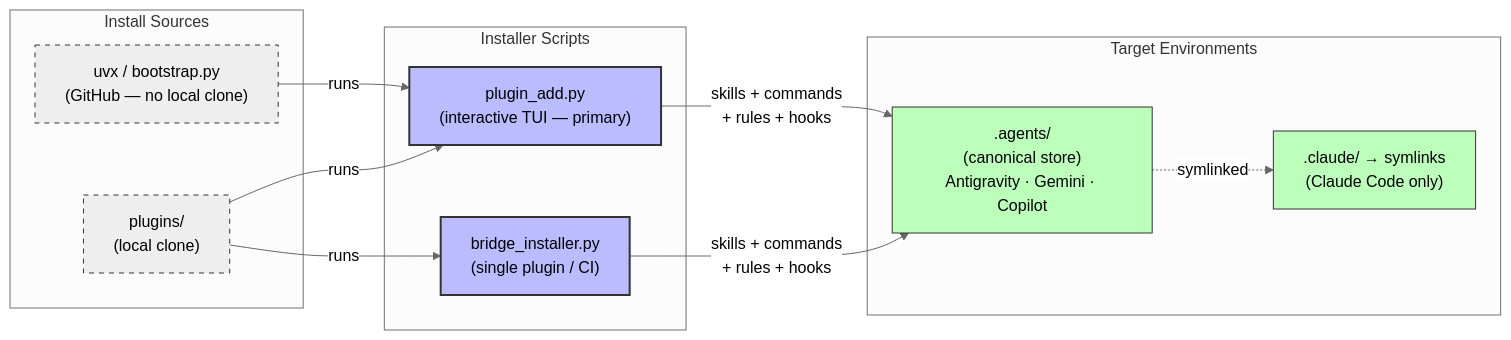
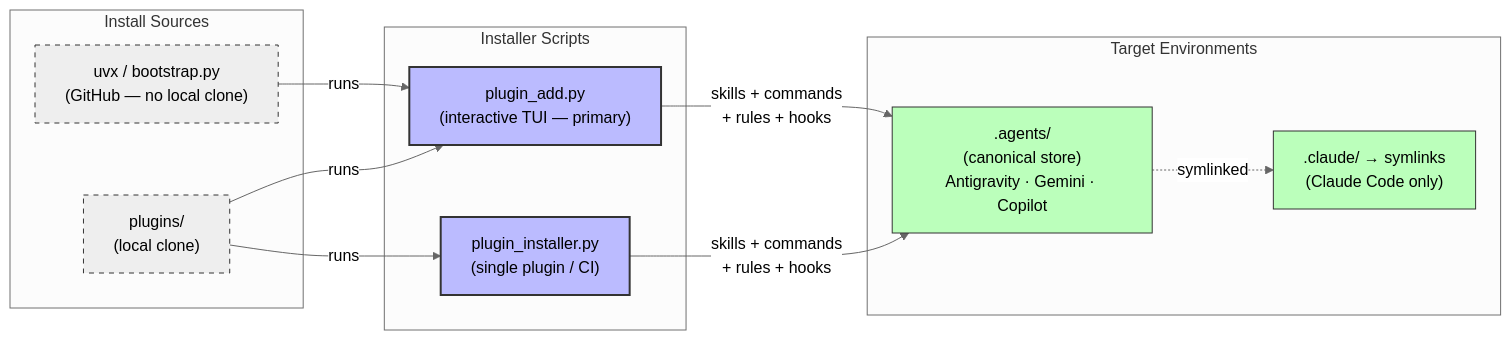
The diagram in plugins/plugin-manager/assets/diagrams/agent_bridge_diagram.mmd (richfrem/agent-plugins-skills), drawn with Mermaid (neutral theme) before and after one commit. The commit also changed 805 other files, not shown here.

Commit message:
feat: rename bridge_installer to plugin_installer, add plugin-remover skill and test harness, harden registry tracking

```diff
--- a/plugins/plugin-manager/assets/diagrams/agent_bridge_diagram.mmd
+++ b/plugins/plugin-manager/assets/diagrams/agent_bridge_diagram.mmd
@@ -1,31 +1,31 @@
 flowchart LR
     subgraph Sources ["Install Sources"]
         UVX["uvx / bootstrap.py<BR>(GitHub — no local clone)"]
         LocalSrc["plugins/<BR>(local clone)"]
     end
 
     subgraph Bridge ["Installer Scripts"]
         PA["plugin_add.py<BR>(interactive TUI — primary)"]
-        BI["bridge_installer.py<BR>(single plugin / CI)"]
+        BI["plugin_installer.py<BR>(single plugin / CI)"]
     end
 
     subgraph Agents ["Target Environments"]
         Central[".agents/<BR>(canonical store)<BR>Antigravity · Gemini · Copilot"]
         Claude[".claude/ → symlinks<BR>(Claude Code only)"]
     end
 
     UVX -->|"runs"| PA
     LocalSrc -->|"runs"| PA
     LocalSrc -->|"runs"| BI
 
     PA -->|"skills + commands<BR>+ rules + hooks"| Central
     BI -->|"skills + commands<BR>+ rules + hooks"| Central
     Central -.->|"symlinked"| Claude
 
     classDef source fill:#eee,stroke:#333,stroke-width:1px,stroke-dasharray: 5 5
     classDef bridge fill:#bbf,stroke:#333,stroke-width:2px
     classDef agent fill:#bfb,stroke:#333
 
     class UVX,LocalSrc source
     class PA,BI bridge
     class Central,Claude agent
```
